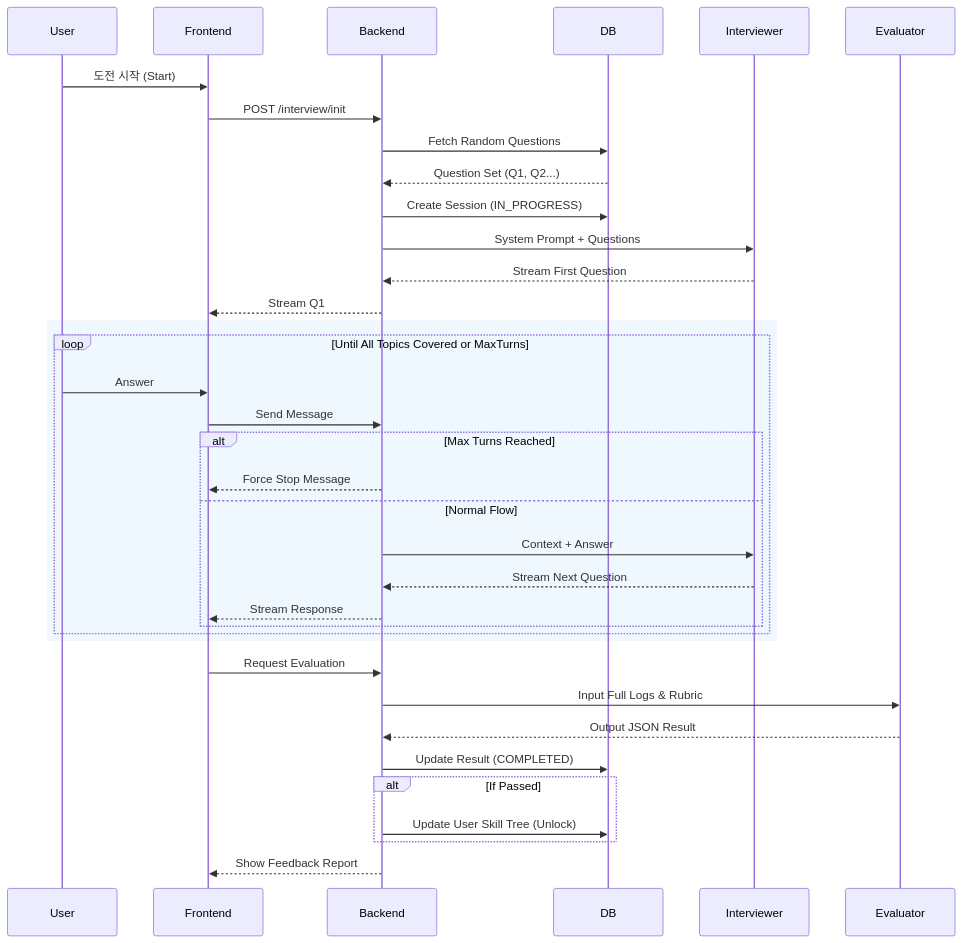
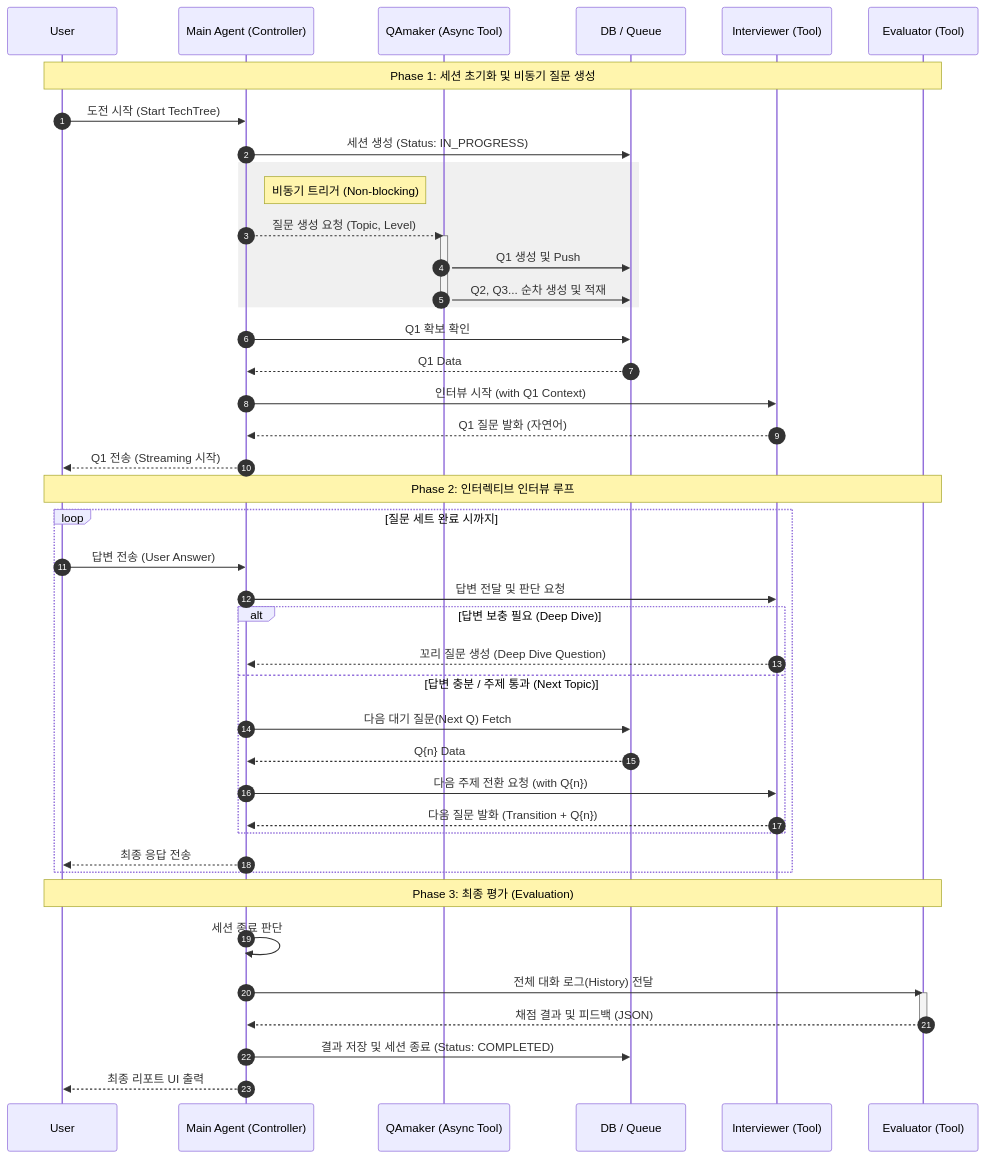
One commit to haebo9/ai_techtree_project changed the diagram in docs/2_design/agent_workflow.md. Above: the diagram before and after it, drawn with Mermaid. The commit also changed other lines of this file and 1 other file, not shown here.

Commit message:
feat : agent diagram 수정 ; subagent 구조 채택

````diff
--- a/docs/2_design/agent_workflow.md
+++ b/docs/2_design/agent_workflow.md
@@ -114,49 +98,59 @@
 ```mermaid
 sequenceDiagram
-    participant User
-    participant Frontend
-    participant Backend
-    participant DB
-    participant Interviewer
-    participant Evaluator
+    autonumber
+    participant U as User
+    participant M as Main Agent (Controller)
+    participant Q as QAmaker (Async Tool)
+    participant DB as DB / Queue
+    participant I as Interviewer (Tool)
+    participant E as Evaluator (Tool)
 
-    %% --- [Phase 1: Init] ---
-    User->>Frontend: 도전 시작 (Start)
-    Frontend->>Backend: POST /interview/init
+    Note over U, E: Phase 1: 세션 초기화 및 비동기 질문 생성
+
+    U->>M: 도전 시작 (Start TechTree)
+    M->>DB: 세션 생성 (Status: IN_PROGRESS)
     
-    Backend->>DB: Fetch Random Questions
-    DB-->>Backend: Question Set (Q1, Q2...)
-    
-    Backend->>DB: Create Session (IN_PROGRESS)
-    Backend->>Interviewer: System Prompt + Questions
-    Interviewer-->>Backend: Stream First Question
-    Backend-->>Frontend: Stream Q1
-
-    %% --- [Phase 2: Interactive Loop] ---
-    rect rgb(240, 248, 255)
-        loop Until All Topics Covered or MaxTurns
-            User->>Frontend: Answer
-            Frontend->>Backend: Send Message
-            
-            alt Max Turns Reached
-                Backend-->>Frontend: Force Stop Message
-            else Normal Flow
-                Backend->>Interviewer: Context + Answer
-                Interviewer-->>Backend: Stream Next Question
-                Backend-->>Frontend: Stream Response
-            end
-        end
+    rect rgb(240, 240, 240)
+        Note right of M: 비동기 트리거 (Non-blocking)  
+        M-->>Q: 질문 생성 요청 (Topic, Level)
+        activate Q
+        Q->>DB: Q1 생성 및 Push
+        Q->>DB: Q2, Q3... 순차 생성 및 적재
+        deactivate Q
     end
 
-    %% --- [Phase 3: Evaluation] ---
-    Frontend->>Backend: Request Evaluation
-    Backend->>Evaluator: Input Full Logs & Rubric
-    Evaluator-->>Backend: Output JSON Result
+    M->>DB: Q1 확보 확인
+    DB-->>M: Q1 Data
+    M->>I: 인터뷰 시작 (with Q1 Context)
+    I-->>M: Q1 질문 발화 (자연어)
+    M-->>U: Q1 전송 (Streaming 시작)
+
+    Note over U, E: Phase 2: 인터렉티브 인터뷰 루프
+
+    loop 질문 세트 완료 시까지
+        U->>M: 답변 전송 (User Answer)
+        M->>I: 답변 전달 및 판단 요청
+        
+        alt 답변 보충 필요 (Deep Dive)
+            I-->>M: 꼬리 질문 생성 (Deep Dive Question)
+        else 답변 충분 / 주제 통과 (Next Topic)
+            M->>DB: 다음 대기 질문(Next Q) Fetch
+            DB-->>M: Q{n} Data
+            M->>I: 다음 주제 전환 요청 (with Q{n})
+            I-->>M: 다음 질문 발화 (Transition + Q{n})
+        end
+        
+        M-->>U: 최종 응답 전송
+    end
+
+    Note over U, E: Phase 3: 최종 평가 (Evaluation)
+
+    M->>M: 세션 종료 판단
+    M->>E: 전체 대화 로그(History) 전달
+    activate E
+    E-->>M: 채점 결과 및 피드백 (JSON)
+    deactivate E
     
-    Backend->>DB: Update Result (COMPLETED)
-    alt If Passed
-        Backend->>DB: Update User Skill Tree (Unlock)
-    end
-    
-    Backend-->>Frontend: Show Feedback Report
+    M->>DB: 결과 저장 및 세션 종료 (Status: COMPLETED)
+    M-->>U: 최종 리포트 UI 출력
 ```
````
